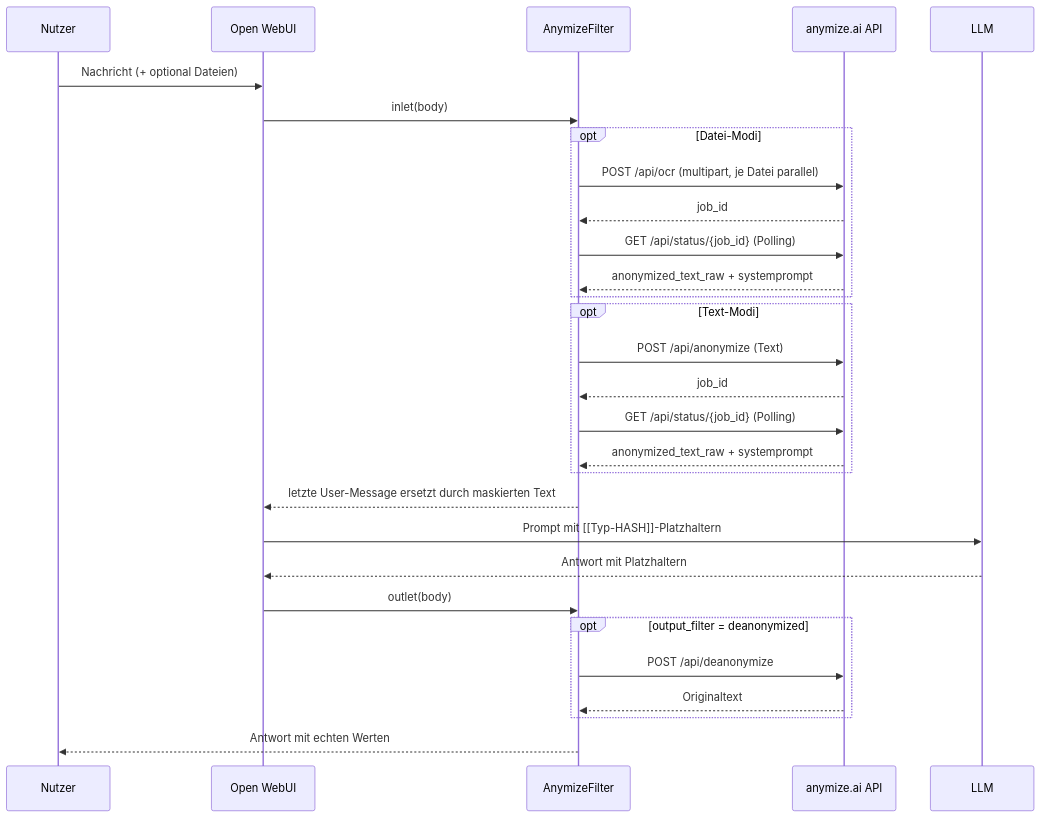
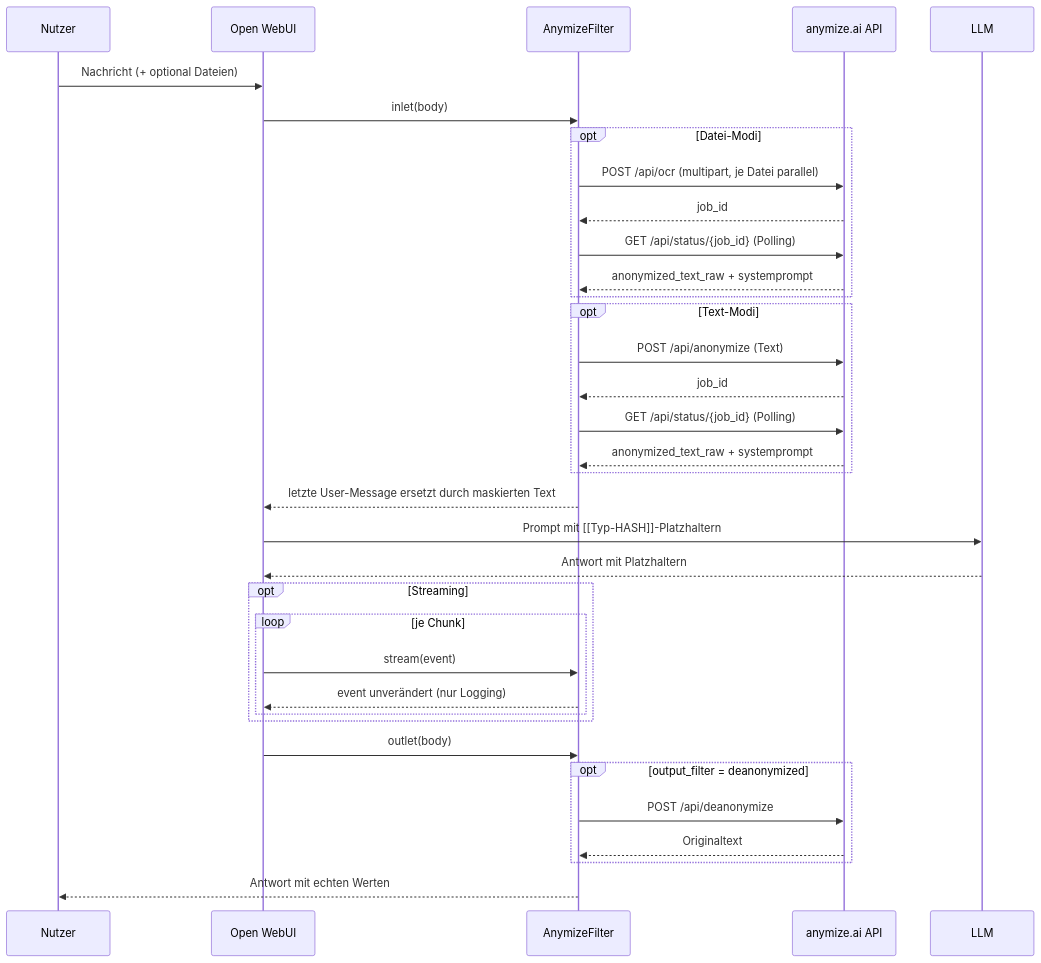
One commit to Matze2010/AnyomizeFilter changed the diagram in README.md. Above: the diagram before and after it, drawn with Mermaid. The commit also changed other lines of this file and 1 other file, not shown here.

````diff
--- a/README.md
+++ b/README.md
@@ -13,32 +13,38 @@
 ```mermaid
 sequenceDiagram
     participant U as Nutzer
     participant OWUI as Open WebUI
     participant F as AnymizeFilter
     participant A as anymize.ai API
     participant LLM as LLM
 
     U->>OWUI: Nachricht (+ optional Dateien)
     OWUI->>F: inlet(body)
     opt Datei-Modi
         F->>A: POST /api/ocr (multipart, je Datei parallel)
         A-->>F: job_id
         F->>A: GET /api/status/{job_id} (Polling)
         A-->>F: anonymized_text_raw + systemprompt
     end
     opt Text-Modi
         F->>A: POST /api/anonymize (Text)
         A-->>F: job_id
         F->>A: GET /api/status/{job_id} (Polling)
         A-->>F: anonymized_text_raw + systemprompt
     end
     F-->>OWUI: letzte User-Message ersetzt durch maskierten Text
     OWUI->>LLM: Prompt mit [[Typ-HASH]]-Platzhaltern
     LLM-->>OWUI: Antwort mit Platzhaltern
+    opt Streaming
+        loop je Chunk
+            OWUI->>F: stream(event)
+            F-->>OWUI: event unverändert (nur Logging)
+        end
+    end
     OWUI->>F: outlet(body)
     opt output_filter = deanonymized
         F->>A: POST /api/deanonymize
         A-->>F: Originaltext
     end
     F-->>U: Antwort mit echten Werten
 ```
````
